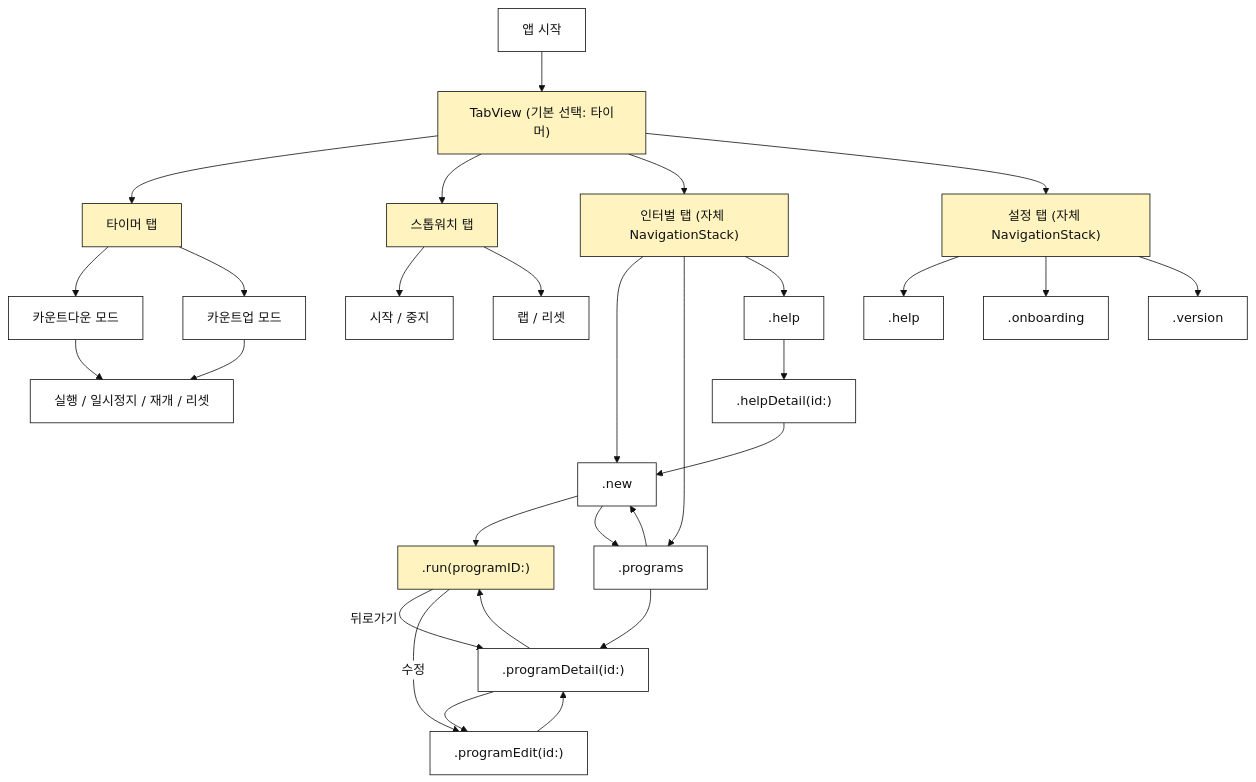
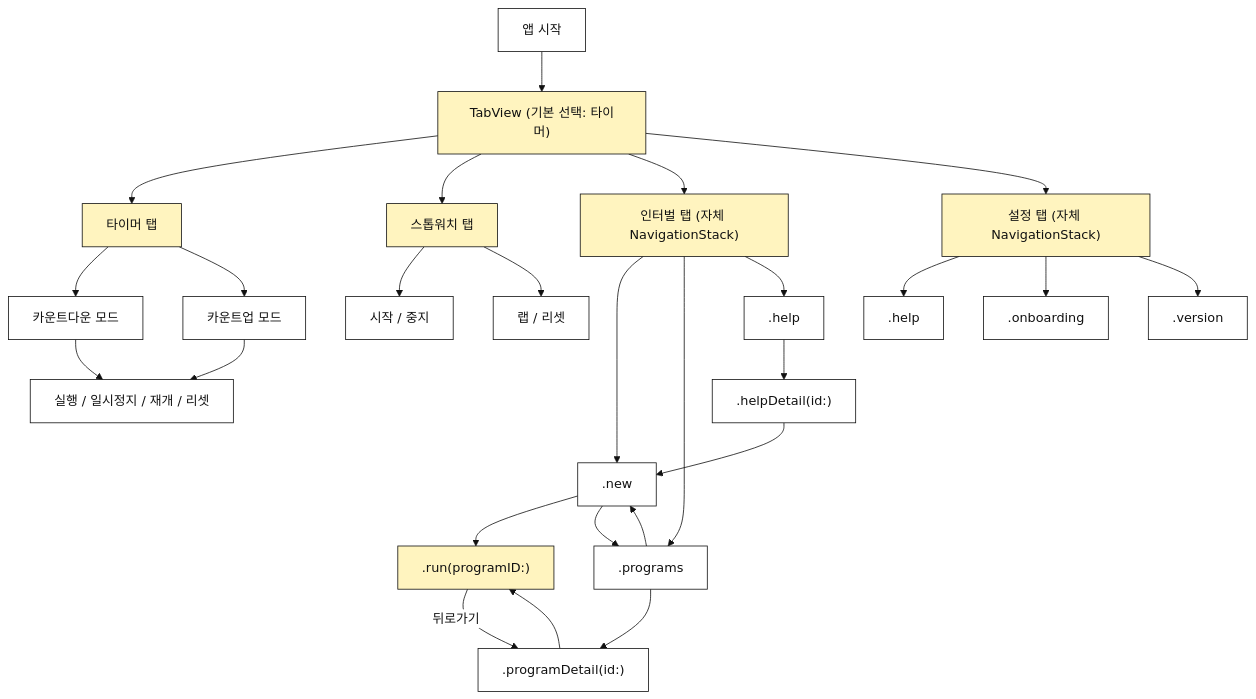
Before and after one commit to KalGookSoo/tempo: the diagram in docs/navigation-structure.md, drawn with Mermaid. The commit also changed other lines of this file and 15 other files, not shown here.

````diff
--- a/docs/navigation-structure.md
+++ b/docs/navigation-structure.md
@@ -49,42 +48,39 @@
 ```mermaid
 %%{init: {"theme": "base", "themeVariables": {"background": "transparent", "primaryColor": "#FFFFFF", "primaryTextColor": "#111111", "primaryBorderColor": "#111111", "lineColor": "#111111", "tertiaryColor": "#F7F7F2"}}}%%
 flowchart TD
     A["앱 시작"] --> TB["TabView (기본 선택: 타이머)"]
     TB --> T["타이머 탭"]
     TB --> S["스톱워치 탭"]
     TB --> I["인터벌 탭 (자체 NavigationStack)"]
     TB --> G["설정 탭 (자체 NavigationStack)"]
 
     T --> T1["카운트다운 모드"]
     T --> T2["카운트업 모드"]
     T1 --> T3["실행 / 일시정지 / 재개 / 리셋"]
     T2 --> T3
 
     S --> S1["시작 / 중지"]
     S --> S2["랩 / 리셋"]
 
     I --> N[".new"]
     I --> P[".programs"]
     I --> H[".help"]
     H --> H1[".helpDetail(id:)"]
 
     N --> R[".run(programID:)"]
     N --> P
     P --> P2[".programDetail(id:)"]
     P --> N
     P2 --> R
-    P2 --> E[".programEdit(id:)"]
-    E --> P2
     H1 --> N
     R -->|뒤로가기| P2
-    R -->|수정| E
 
     G --> GH[".help"]
     G --> GO[".onboarding"]
     G --> GV[".version"]
 
     classDef primary fill:#FFF4BF,stroke:#111111,color:#111111;
     classDef screen fill:#FFFFFF,stroke:#111111,color:#111111;
     class TB,T,S,I,G,R primary;
-    class T1,T2,T3,S1,S2,N,P,H,H1,P2,E,GH,GO,GV screen;
+    class T1,T2,T3,S1,S2,N,P,H,H1,P2,GH,GO,GV screen;
 ```
````
